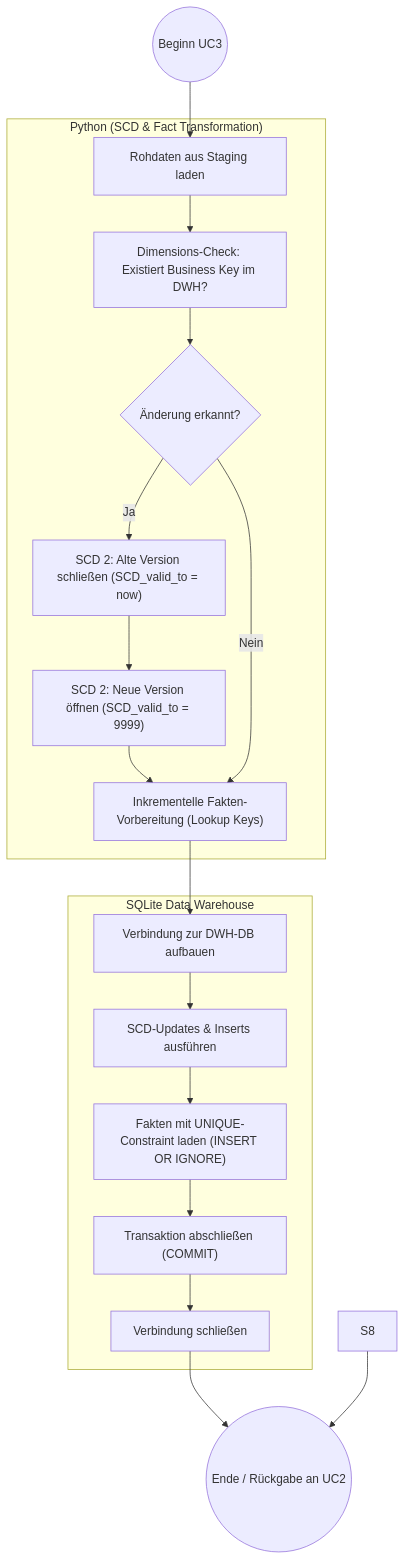
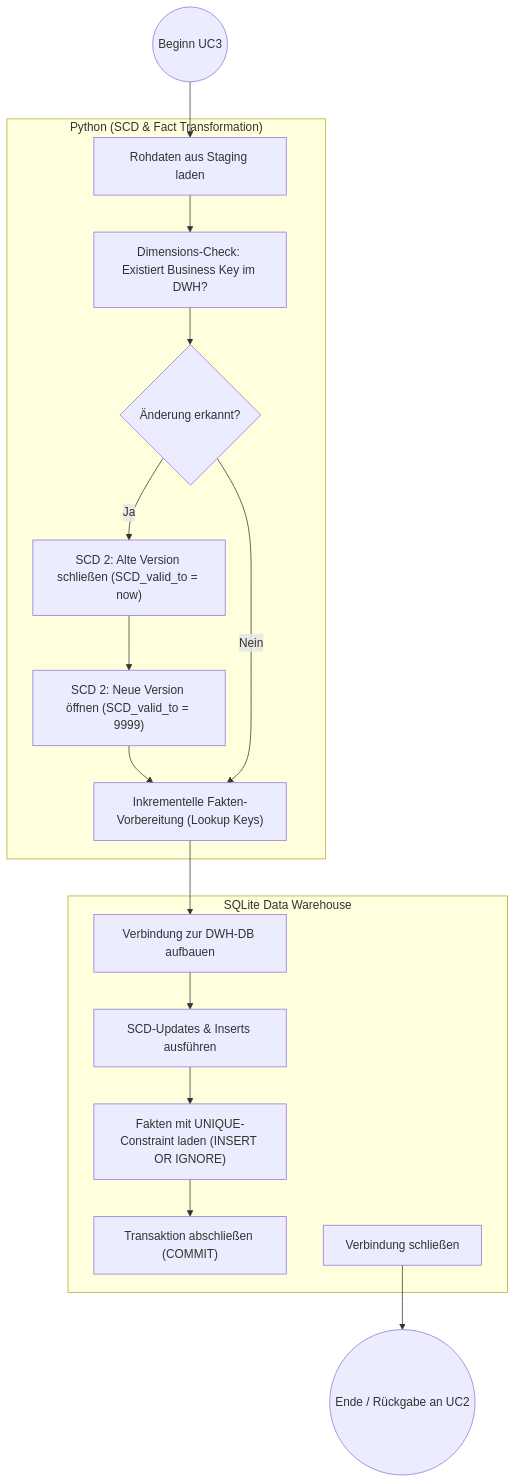
One commit to NilsBauch/blutdruck_data_engineer_training changed the diagram in Architektur/Activity/activity_diagram_uc3.md. Above: the diagram before and after it, drawn with Mermaid. The commit also changed other lines of this file and 46 other files, not shown here.

````diff
--- a/Architektur/Activity/activity_diagram_uc3.md
+++ b/Architektur/Activity/activity_diagram_uc3.md
@@ -9,39 +7,36 @@
 ```mermaid
 flowchart TD
     %% Startpunkt des Includes
     Start(("Beginn UC3")) --> P1
 
     subgraph Python ["Python (SCD & Fact Transformation)"]
         P1["Rohdaten aus Staging laden"]
         P2["Dimensions-Check: Existiert Business Key im DWH?"]
         P3{"Änderung erkannt?"}
         P4["SCD 2: Alte Version schließen (SCD_valid_to = now)"]
         P5["SCD 2: Neue Version öffnen (SCD_valid_to = 9999)"]
         P6["Inkrementelle Fakten-Vorbereitung (Lookup Keys)"]
     end
 
     subgraph SQLite ["SQLite Data Warehouse"]
         S1["Verbindung zur DWH-DB aufbauen"]
         S2["SCD-Updates & Inserts ausführen"]
         S3["Fakten mit UNIQUE-Constraint laden (INSERT OR IGNORE)"]
         S4["Transaktion abschließen (COMMIT)"]
         S5["Verbindung schließen"]
     end
 
     %% Verknüpfungen
     P1 --> P2
     P2 --> P3
     P3 -- Ja --> P4
     P4 --> P5
     P5 --> P6
     P3 -- Nein --> P6
     
     P6 --> S1
     S1 --> S2
     S2 --> S3
     S3 --> S4
-    S4 --> S5
     S5 --> End(("Ende / Rückgabe an UC2"))
-    
-    S8 --> End(("Ende / Rückgabe an UC2"))
 ```
````
